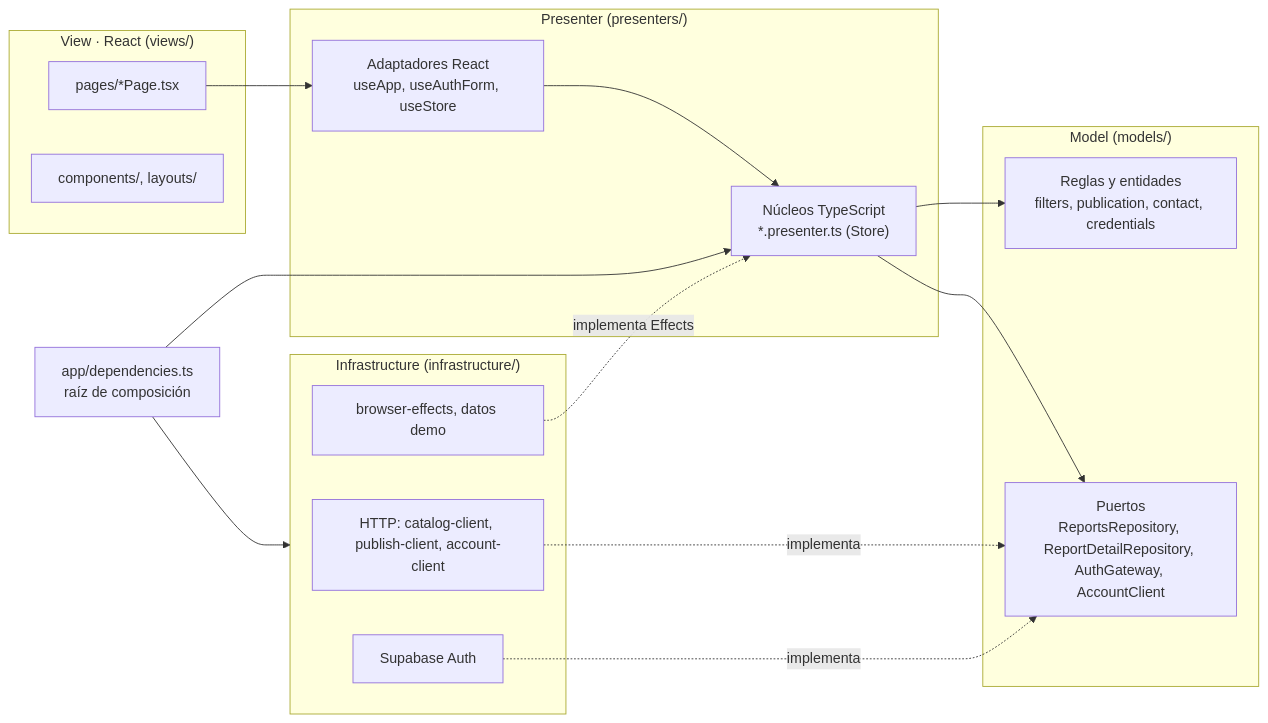
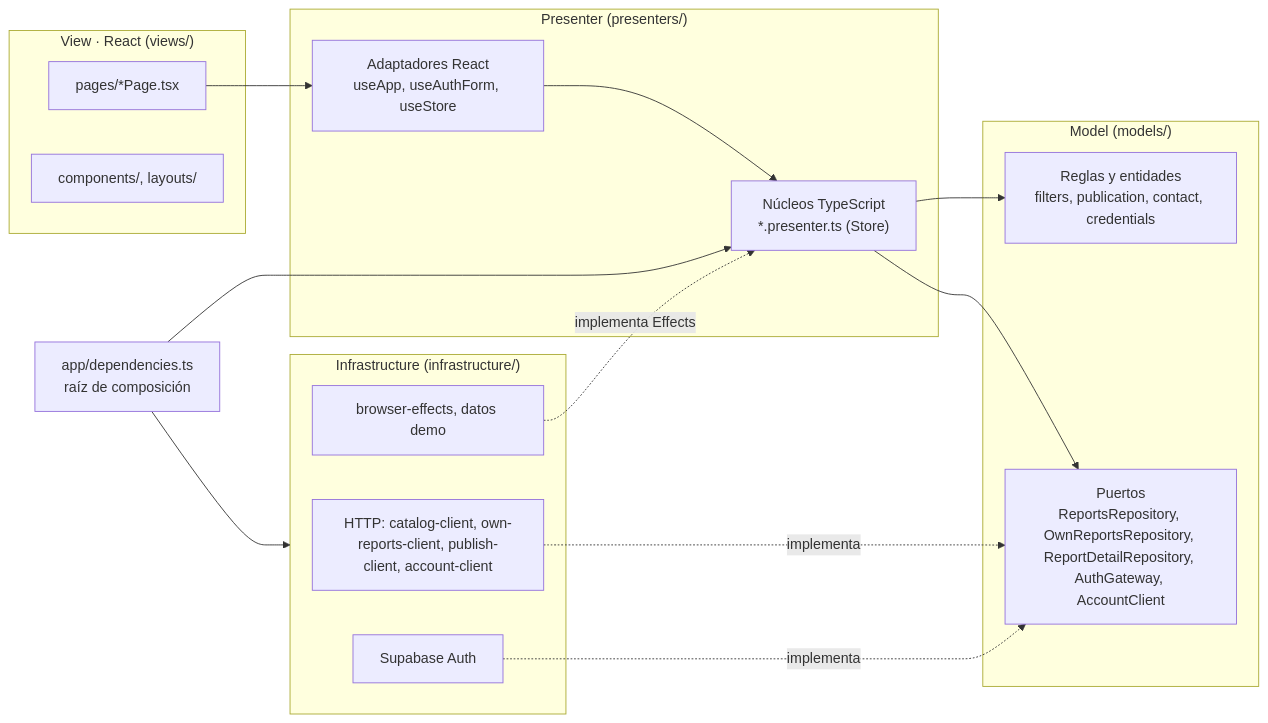
The diagram in docs/architecture/mvp.md (Alee053/perdi-u), drawn with Mermaid before and after one commit. The commit also changed other lines of this file and 20 other files, not shown here.

````diff
--- a/docs/architecture/mvp.md
+++ b/docs/architecture/mvp.md
@@ -25,29 +25,29 @@
 ```mermaid
 flowchart LR
   subgraph View["View · React (views/)"]
     Pages["pages/*Page.tsx"]
     Components["components/, layouts/"]
   end
   subgraph Presenter["Presenter (presenters/)"]
     Hooks["Adaptadores React<br/>useApp, useAuthForm, useStore"]
     Core["Núcleos TypeScript<br/>*.presenter.ts (Store)"]
   end
   subgraph Model["Model (models/)"]
     Rules["Reglas y entidades<br/>filters, publication, contact, credentials"]
-    Ports["Puertos<br/>ReportsRepository, ReportDetailRepository, AuthGateway, AccountClient"]
+    Ports["Puertos<br/>ReportsRepository, OwnReportsRepository, ReportDetailRepository, AuthGateway, AccountClient"]
   end
   subgraph Infra["Infrastructure (infrastructure/)"]
-    Http["HTTP: catalog-client, publish-client, account-client"]
+    Http["HTTP: catalog-client, own-reports-client, publish-client, account-client"]
     Auth["Supabase Auth"]
     Browser["browser-effects, datos demo"]
   end
   App["app/dependencies.ts<br/>raíz de composición"]
 
   Pages --> Hooks --> Core --> Rules
   Core --> Ports
   Http -. implementa .-> Ports
   Auth -. implementa .-> Ports
   App --> Core
   App --> Infra
   Browser -. implementa Effects .-> Core
 ```
````
